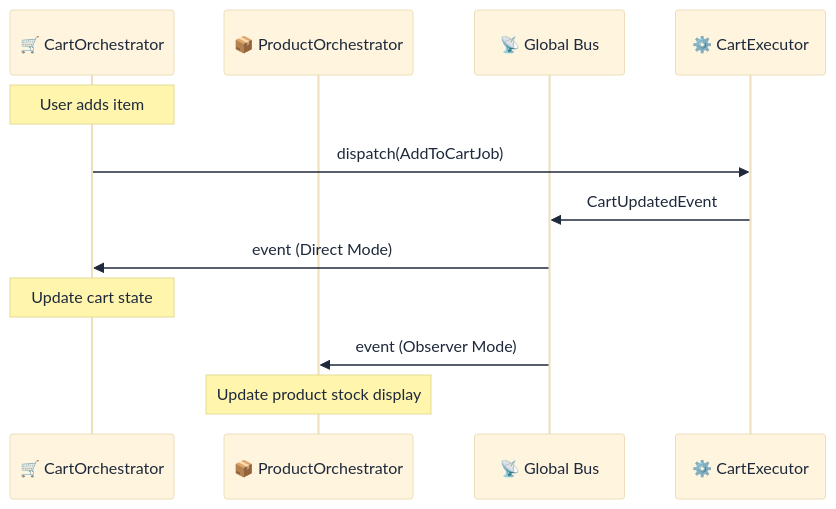
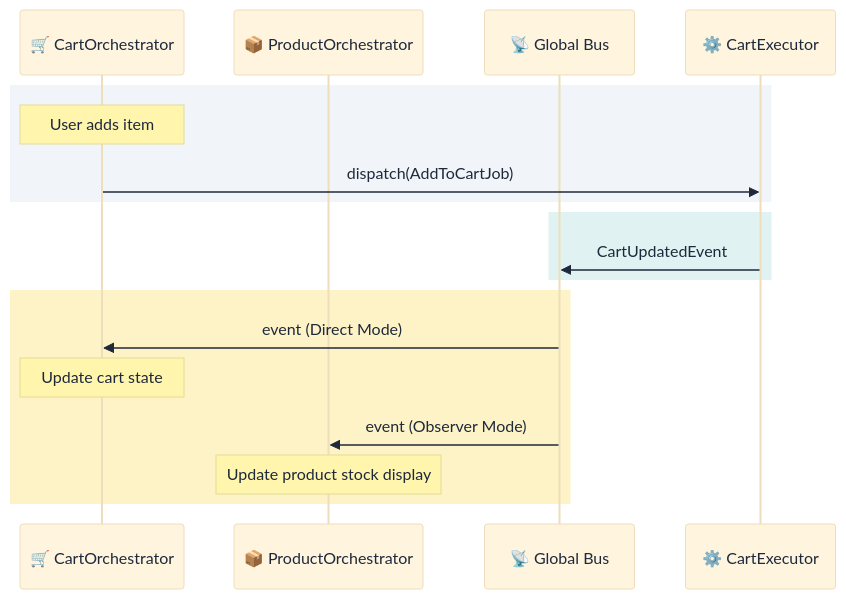
One commit to lploc94/flutter_orchestrator changed the eighth of 12 diagrams in book/chapters/06_case_study.md. Above: the diagram before and after it, drawn with Mermaid. The commit also changed other lines of this file and 5 other files, not shown here.

First line of the commit message:
docs(book): finalize beautification of all Mermaid diagrams

````diff
--- a/book/chapters/06_case_study.md
+++ b/book/chapters/06_case_study.md
@@ -264,18 +271,25 @@
 ```mermaid
 %%{init: {'theme': 'base', 'themeVariables': { 'primaryTextColor': '#1e293b', 'noteTextColor': '#1e293b', 'actorTextColor': '#1e293b' }}}%%
 sequenceDiagram
     participant Cart as 🛒 CartOrchestrator
     participant Product as 📦 ProductOrchestrator
     participant Bus as 📡 Global Bus
     participant Exec as ⚙️ CartExecutor
     
-    Note over Cart: User adds item
-    Cart->>Exec: dispatch(AddToCartJob)
-    Exec->>Bus: CartUpdatedEvent
+    rect rgb(241, 245, 249)
+        Note over Cart: User adds item
+        Cart->>Exec: dispatch(AddToCartJob)
+    end
     
-    Bus->>Cart: event (Direct Mode)
-    Note over Cart: Update cart state
+    rect rgb(224, 242, 241)
+        Exec->>Bus: CartUpdatedEvent
+    end
     
-    Bus->>Product: event (Observer Mode)
-    Note over Product: Update product stock display
+    rect rgb(254, 243, 199)
+        Bus->>Cart: event (Direct Mode)
+        Note over Cart: Update cart state
+        
+        Bus->>Product: event (Observer Mode)
+        Note over Product: Update product stock display
+    end
 ```
````
